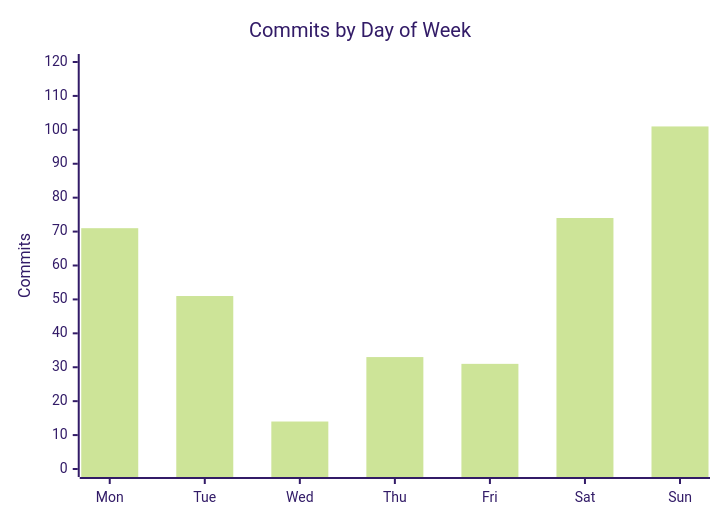
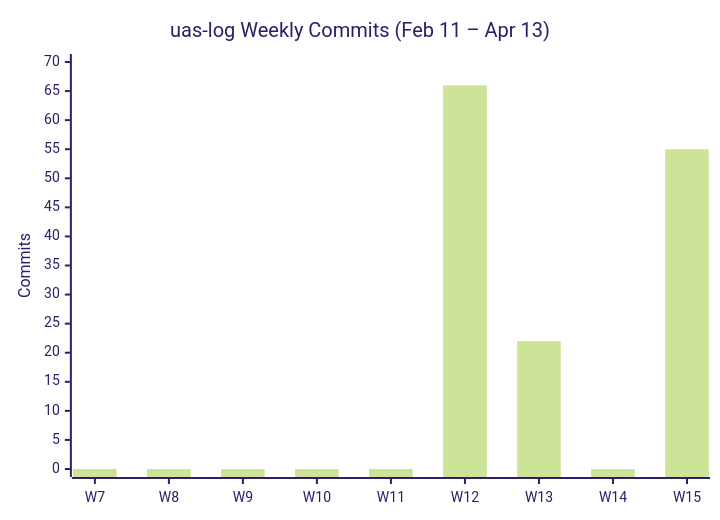
The second of 3 diagrams in code-stats.md (fusion94/fusion94), drawn with Mermaid (forest theme) before and after one commit. The commit also changed other lines of this file, not shown here.

````diff
--- a/code-stats.md
+++ b/code-stats.md
@@ -76,7 +58,7 @@
 ```mermaid
 xychart-beta
-    title "Commits by Day of Week"
-    x-axis ["Mon", "Tue", "Wed", "Thu", "Fri", "Sat", "Sun"]
-    y-axis "Commits" 0 --> 120
-    bar [71, 51, 14, 33, 31, 74, 101]
+  title "uas-log Weekly Commits (Feb 11 – Apr 13)"
+  x-axis ["W7", "W8", "W9", "W10", "W11", "W12", "W13", "W14", "W15"]
+  y-axis "Commits" 0 --> 70
+  bar [0, 0, 0, 0, 0, 66, 22, 0, 55]
 ```
````
